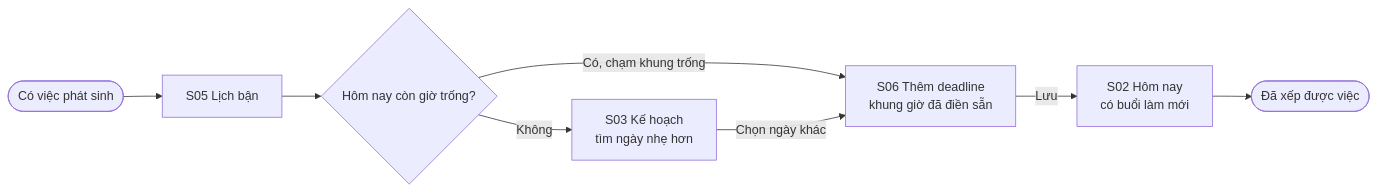
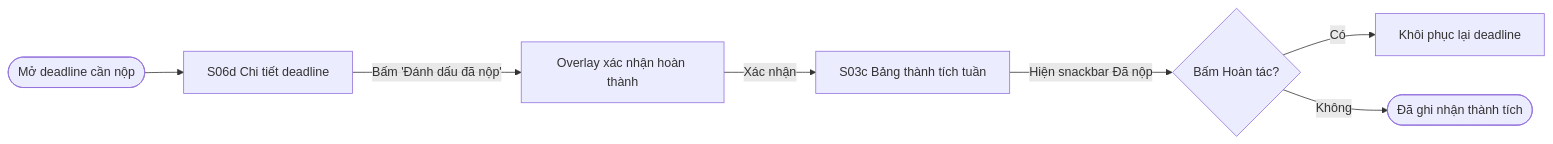
The fourth of 5 diagrams in ux/user-flow.md (FU-PRM-Projects/prm393-lab2-group9), drawn with Mermaid before and after one commit. The commit also changed other lines of this file and 1 other file, not shown here.

Commit message:
docs(ux): update persona to 4 personas and align user flows with upstream figma

````diff
--- a/ux/user-flow.md
+++ b/ux/user-flow.md
@@ -170,10 +175,9 @@
 ```mermaid
 flowchart LR
-  A([Có việc phát sinh]) --> B["S05 Lịch bận"]
-  B --> C{"Hôm nay còn giờ trống?"}
-  C -- Có, chạm khung trống --> D["S06 Thêm deadline<br/>khung giờ đã điền sẵn"]
-  C -- Không --> E["S03 Kế hoạch<br/>tìm ngày nhẹ hơn"]
-  E -- Chọn ngày khác --> D
-  D -- Lưu --> F["S02 Hôm nay<br/>có buổi làm mới"]
-  F --> G([Đã xếp được việc])
+  A([Mở deadline cần nộp]) --> B["S06d Chi tiết deadline"]
+  B -- Bấm 'Đánh dấu đã nộp' --> C["Overlay xác nhận hoàn thành"]
+  C -- Xác nhận --> D["S03c Bảng thành tích tuần"]
+  D -- Hiện snackbar Đã nộp --> E{"Bấm Hoàn tác?"}
+  E -- Có --> F["Khôi phục lại deadline"]
+  E -- Không --> G([Đã ghi nhận thành tích])
 ```
````
